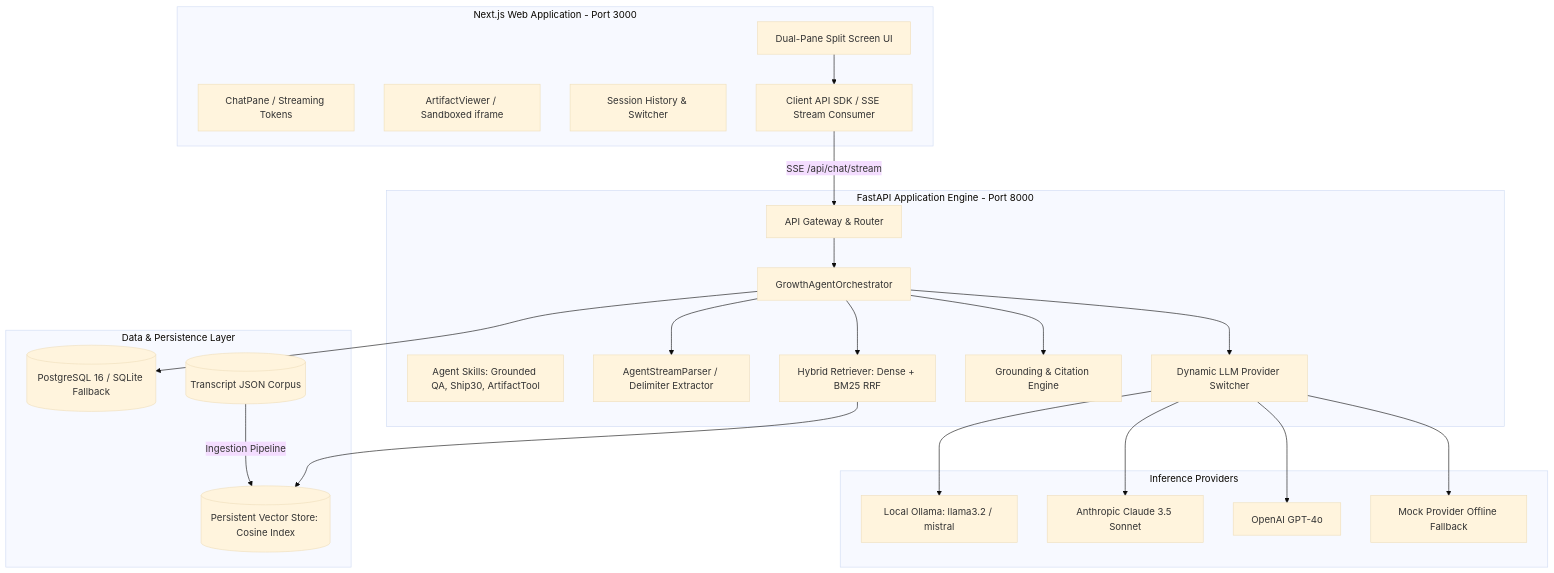
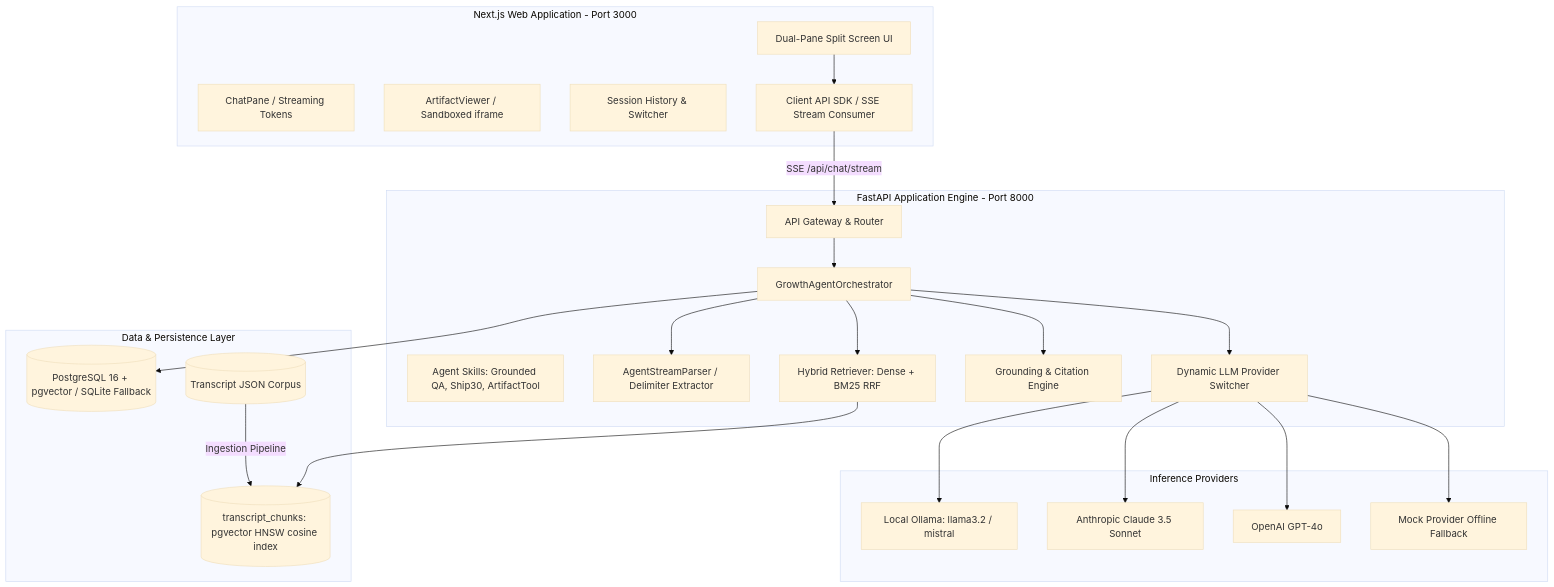
The diagram in architecture.md (LEKKALAGANESH/lenny-growth-assistant), drawn with Mermaid (base theme) before and after one commit. The commit also changed other lines of this file and 8 other files, not shown here.

First line of the commit message:
Add PostgreSQL + pgvector + HNSW retrieval backend, ported from donor

````diff
--- a/architecture.md
+++ b/architecture.md
@@ -8,48 +8,48 @@
 ```mermaid
 graph TD
     subgraph Frontend [Next.js Web Application - Port 3000]
         UI[Dual-Pane Split Screen UI]
         Chat[ChatPane / Streaming Tokens]
         Viewer[ArtifactViewer / Sandboxed iframe]
         Sidebar[Session History & Switcher]
         APIClient[Client API SDK / SSE Stream Consumer]
     end
 
     subgraph Backend [FastAPI Application Engine - Port 8000]
         Router[API Gateway & Router]
         Orchestrator[GrowthAgentOrchestrator]
         Skills[Agent Skills: Grounded QA, Ship30, ArtifactTool]
         Parser[AgentStreamParser / Delimiter Extractor]
         LLMManager[Dynamic LLM Provider Switcher]
         Grounding[Grounding & Citation Engine]
         Retriever[Hybrid Retriever: Dense + BM25 RRF]
     end
 
     subgraph LLM_Providers [Inference Providers]
         Ollama[Local Ollama: llama3.2 / mistral]
         Claude[Anthropic Claude 3.5 Sonnet]
         OpenAI[OpenAI GPT-4o]
         Mock[Mock Provider Offline Fallback]
     end
 
     subgraph Storage [Data & Persistence Layer]
-        PG[(PostgreSQL 16 / SQLite Fallback)]
-        VectorDB[(Persistent Vector Store: Cosine Index)]
+        PG[(PostgreSQL 16 + pgvector / SQLite Fallback)]
+        VectorDB[(transcript_chunks: pgvector HNSW cosine index)]
         Corpus[(Transcript JSON Corpus)]
     end
 
     UI --> APIClient
     APIClient -->|SSE /api/chat/stream| Router
     Router --> Orchestrator
     Orchestrator --> Retriever
     Retriever --> VectorDB
     Orchestrator --> LLMManager
     LLMManager --> Ollama
     LLMManager --> Claude
     LLMManager --> OpenAI
     LLMManager --> Mock
     Orchestrator --> Grounding
     Orchestrator --> Parser
     Orchestrator --> PG
     Corpus -->|Ingestion Pipeline| VectorDB
 ```
````
